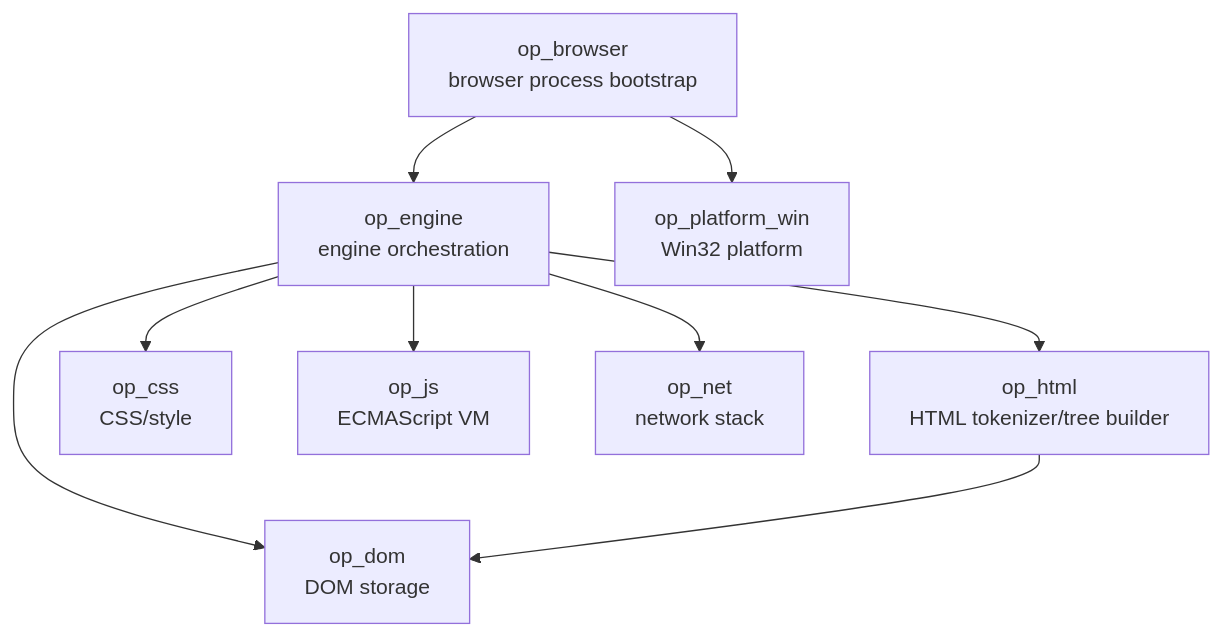
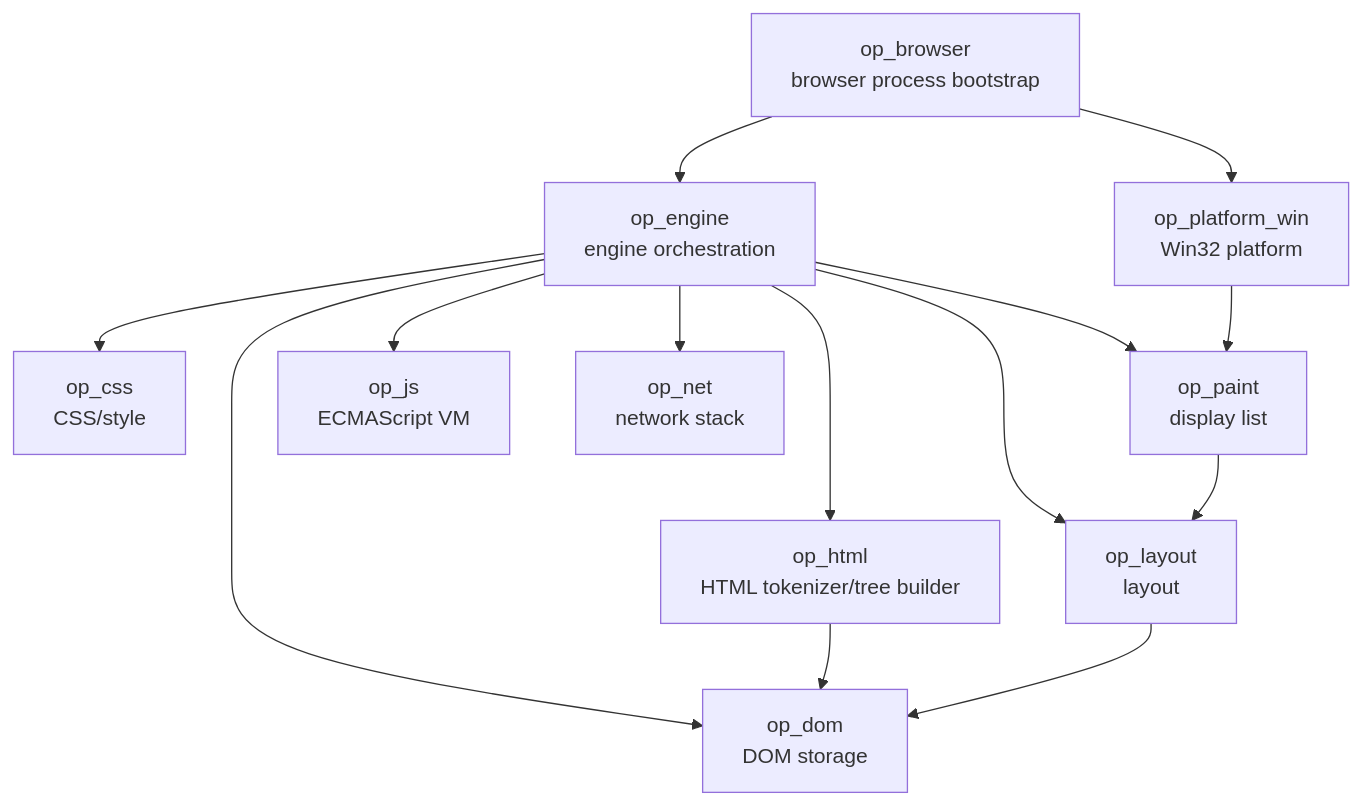
Before and after one commit to Gerbesh/OPBrowser: the first of 2 diagrams in docs/CODE_GRAPH.md, drawn with Mermaid. The commit also changed other lines of this file and 18 other files, not shown here.

````diff
--- a/docs/CODE_GRAPH.md
+++ b/docs/CODE_GRAPH.md
@@ -10,20 +10,27 @@
 ```mermaid
 graph TD
     B[op_browser<br/>browser process bootstrap]
     E[op_engine<br/>engine orchestration]
     W[op_platform_win<br/>Win32 platform]
     D[op_dom<br/>DOM storage]
     H[op_html<br/>HTML tokenizer/tree builder]
     C[op_css<br/>CSS/style]
+    L[op_layout<br/>layout]
+    P[op_paint<br/>display list]
     J[op_js<br/>ECMAScript VM]
     N[op_net<br/>network stack]
 
     B --> E
     B --> W
     E --> D
     E --> H
     E --> C
+    E --> L
+    E --> P
     E --> J
     E --> N
     H --> D
+    L --> D
+    P --> L
+    W --> P
 ```
````
